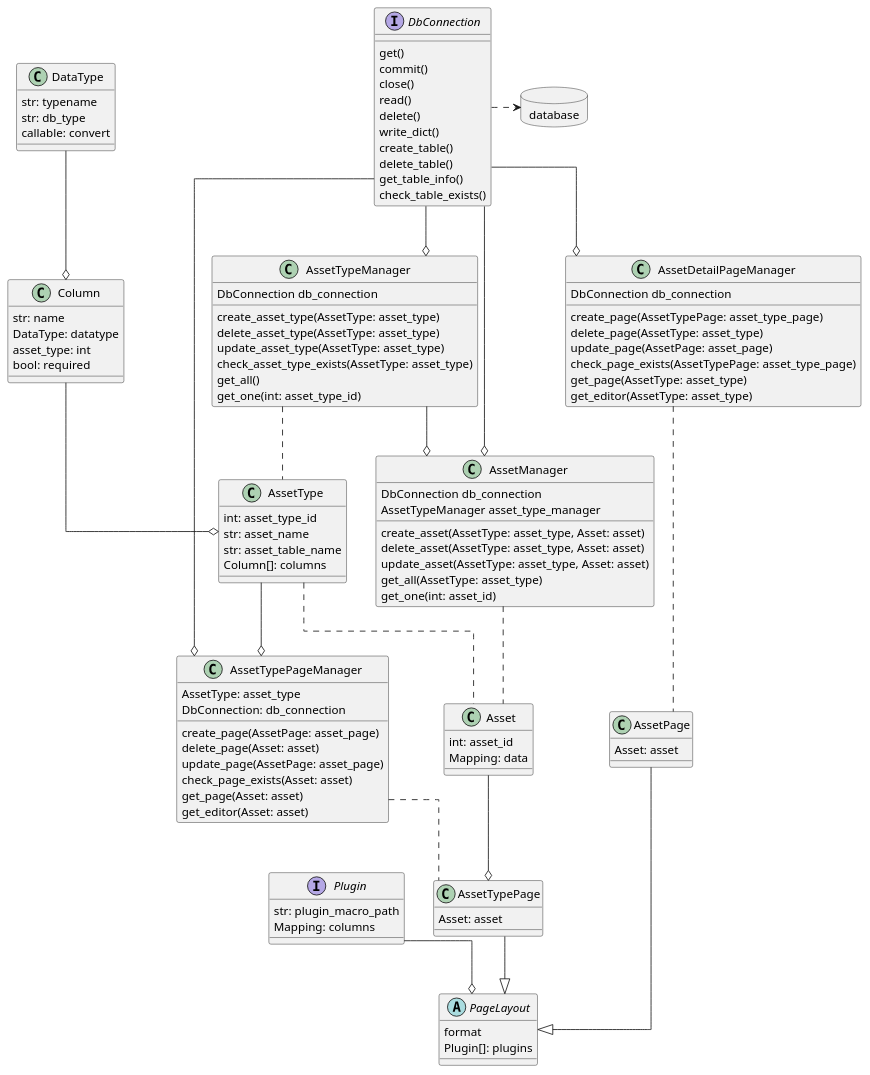
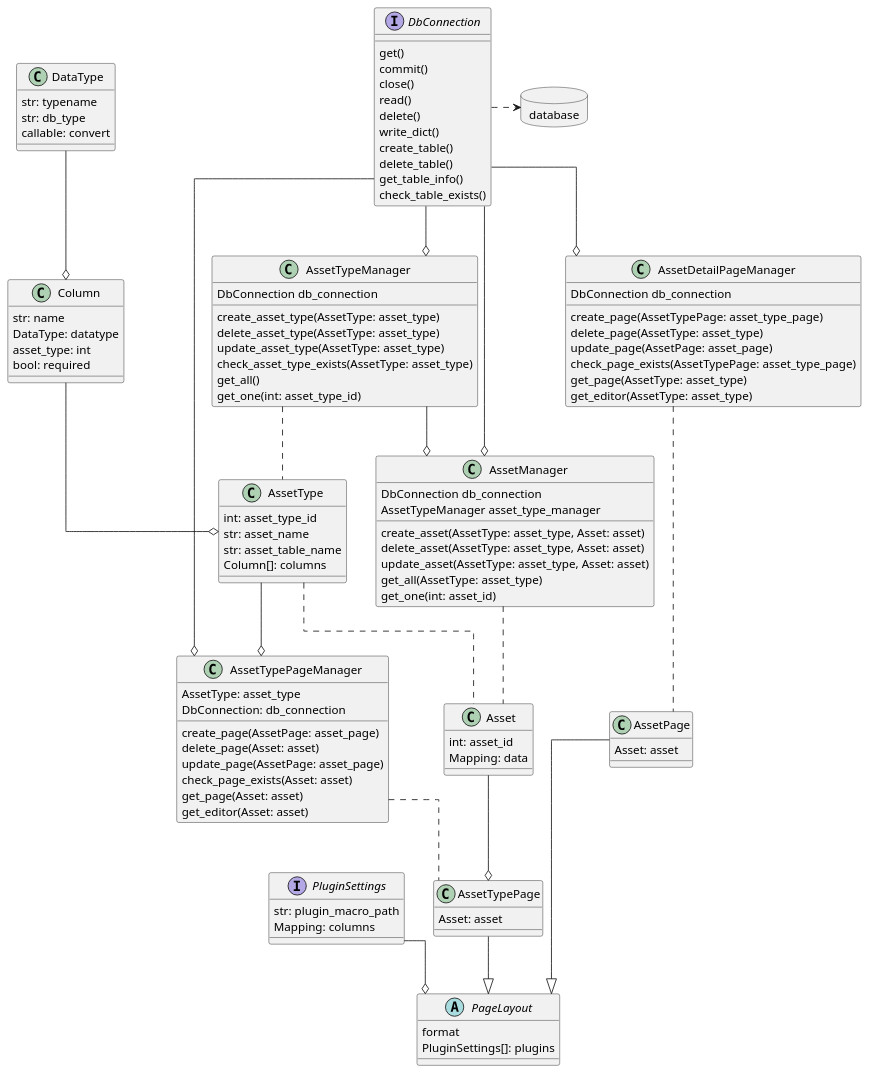
Before and after one commit to PDT42/AnyBase: the diagram in doc/classes.wsd, drawn with PlantUML.

Commit message:
Renamed Plugins to PluginSettings

```diff
--- a/doc/classes.wsd
+++ b/doc/classes.wsd
@@ -1,157 +1,157 @@
 @startuml anybase-classes
 
 ' Check /out/classes for a .png version of this diagram
 
 ' UML Settings
 ' ############
 
 allow_mixing
 skinparam Linetype ortho
 
 ' Datatypes / Entities
 ' ####################
 
 class DataType {
     str: typename
     str: db_type
     callable: convert
 }
 
 class Column {
     str: name
     DataType: datatype
     asset_type: int
     bool: required
 }
 
 class AssetType {
     int: asset_type_id
     str: asset_name
     str: asset_table_name
     Column[]: columns
 }
 
 class Asset {
     int: asset_id
     Mapping: data
 }
 
 ' Data Managers
 ' #############
 
 class AssetTypeManager {
     DbConnection db_connection
     create_asset_type(AssetType: asset_type)
     delete_asset_type(AssetType: asset_type)
     update_asset_type(AssetType: asset_type)
     check_asset_type_exists(AssetType: asset_type)
     get_all()
     get_one(int: asset_type_id)
 }
 
 class AssetManager  {
     DbConnection db_connection
     AssetTypeManager asset_type_manager
     create_asset(AssetType: asset_type, Asset: asset)
     delete_asset(AssetType: asset_type, Asset: asset)
     update_asset(AssetType: asset_type, Asset: asset)
     get_all(AssetType: asset_type)
     get_one(int: asset_id)
 }
 
 ' Layouts and Pages
 ' #################
 
-interface Plugin {
+interface PluginSettings {
     str: plugin_macro_path
     Mapping: columns
 }
 
 abstract class PageLayout {
     format
-    Plugin[]: plugins
+    PluginSettings[]: plugins
 }
 
 class AssetTypePage {
     Asset: asset
 }
 
 
 class AssetPage {
     Asset: asset
 }
 
 ' Page Managers
 ' #############
 
 class AssetDetailPageManager {
     DbConnection db_connection
     create_page(AssetTypePage: asset_type_page)
     delete_page(AssetType: asset_type)
     update_page(AssetPage: asset_page)
     check_page_exists(AssetTypePage: asset_type_page)
     get_page(AssetType: asset_type)
     get_editor(AssetType: asset_type)
 }
 
 class AssetTypePageManager {
     AssetType: asset_type
     DbConnection: db_connection
     create_page(AssetPage: asset_page)
     delete_page(Asset: asset)
     update_page(AssetPage: asset_page)
     check_page_exists(Asset: asset)
     get_page(Asset: asset)
     get_editor(Asset: asset)
 }
 
 ' Database and Stuff
 ' ##################
 
 
 interface DbConnection {
     get()
     commit()
     close()
     read()
     delete()
     write_dict()
     create_table()
     delete_table()
     get_table_info()
     check_table_exists()
 }
 
 database database
 
 ' Connections and Stuff
 ' #####################
 
 AssetTypeManager --o AssetManager
 AssetTypeManager .. AssetType
 
 AssetManager .. Asset
 
 AssetType --o AssetTypePageManager
 AssetType .. Asset
 
 DataType --o Column
 Column --o AssetType
 
 AssetTypePageManager .. AssetTypePage
 
 AssetDetailPageManager .. AssetPage
 
 AssetTypePage --|> PageLayout
 AssetPage --|> PageLayout
 Asset --o AssetTypePage
 
-Plugin --o PageLayout
+PluginSettings --o PageLayout
 
 DbConnection .> database
 DbConnection --o AssetManager
 DbConnection --o AssetTypeManager
 DbConnection --o AssetTypePageManager
 DbConnection --o AssetDetailPageManager
 
 @enduml
```
